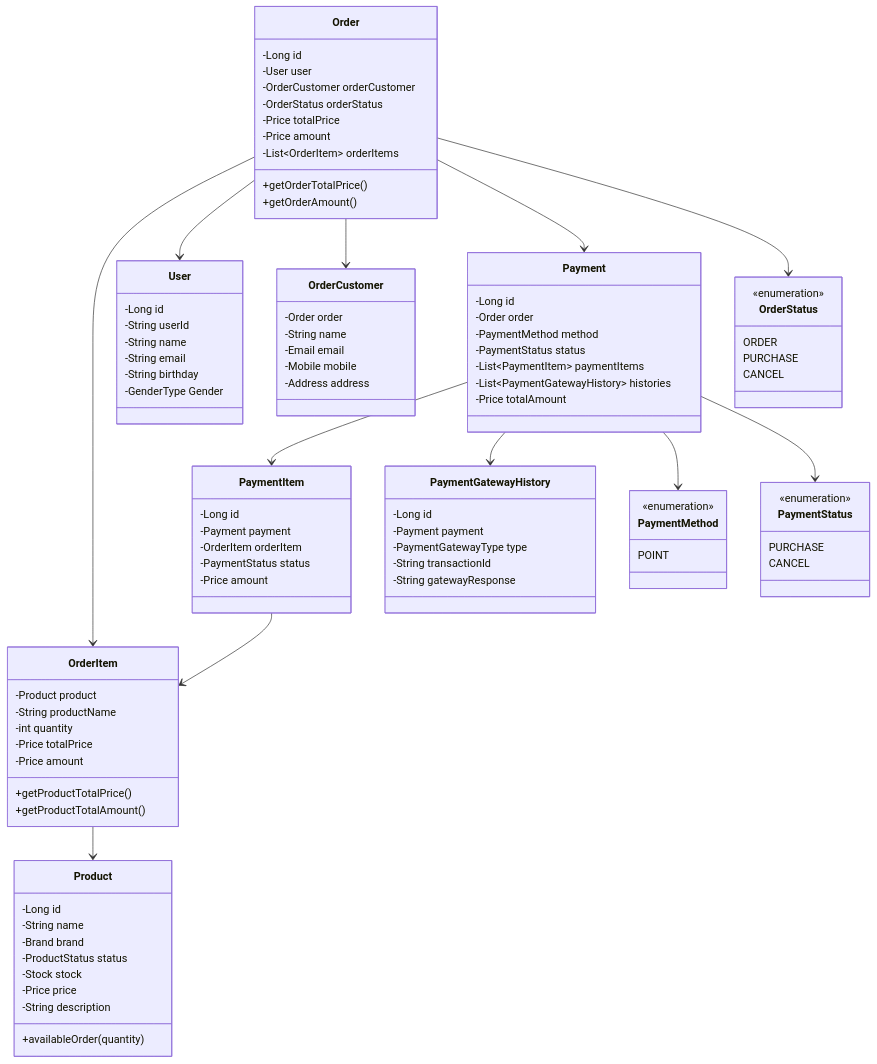
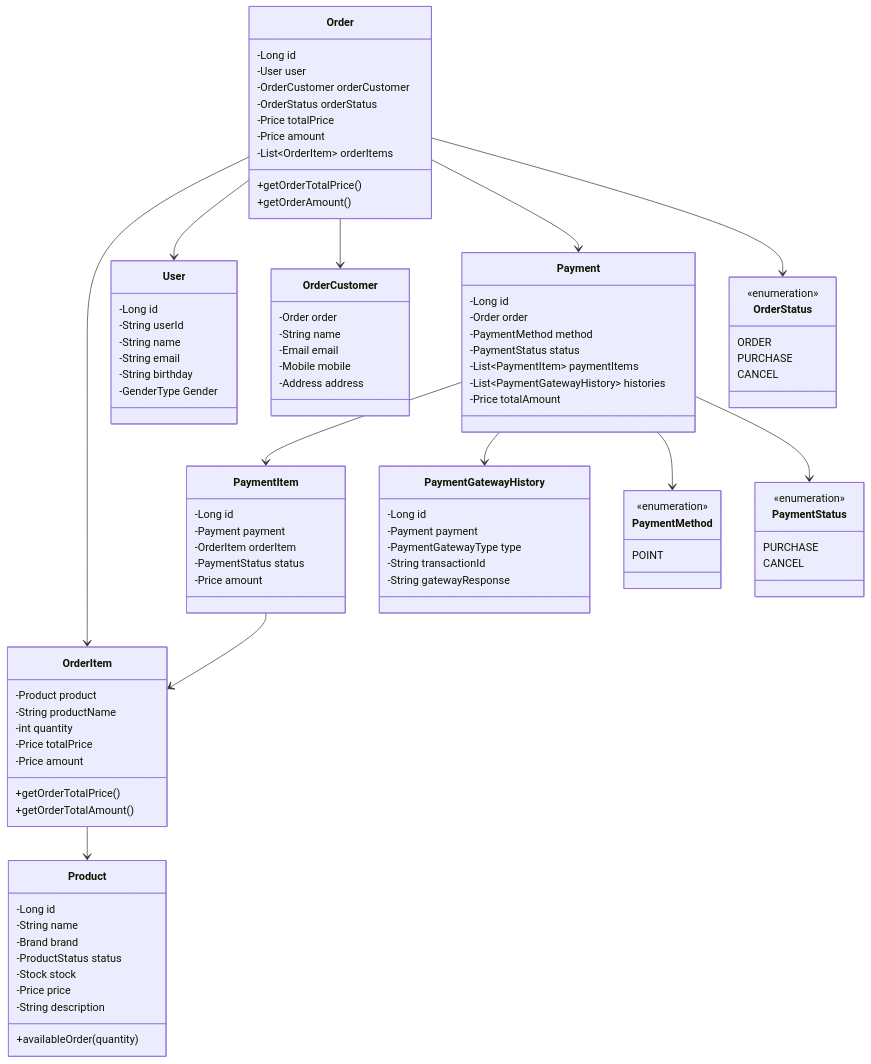
Before and after one commit to kiekk/gamsung-commerce: the second of 3 diagrams in docs/design/03-class-diagrams.md, drawn with Mermaid. The commit also changed other lines of this file, not shown here.

```diff
--- a/docs/design/03-class-diagrams.md
+++ b/docs/design/03-class-diagrams.md
@@ -119,8 +119,8 @@
         -int quantity
         -Price totalPrice
         -Price amount
-        +getProductTotalPrice()
-        +getProductTotalAmount()
+        +getOrderTotalPrice()
+        +getOrderTotalAmount()
     }
 %% 결제
     class Payment {
```
